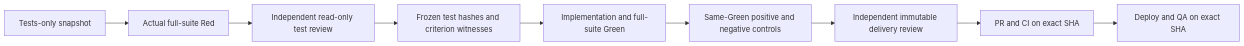
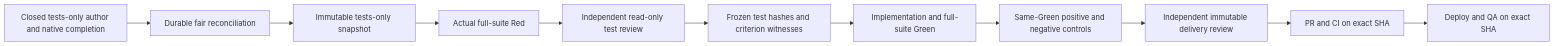
The diagram in team-delivery-kit/contracts/quality-lifecycle-v2.md (codifydeep/fabriquinha), drawn with Mermaid before and after one commit. The commit also changed other lines of this file and 12 other files, not shown here.

Commit message:
Reconcile v2 author completion into durable fair snapshot and Red review packets

````diff
--- a/team-delivery-kit/contracts/quality-lifecycle-v2.md
+++ b/team-delivery-kit/contracts/quality-lifecycle-v2.md
@@ -12,11 +12,13 @@
 ```mermaid
 flowchart LR
-    T[Tests-only snapshot] --> R[Actual full-suite Red]
+    A[Closed tests-only author and native completion] --> Q[Durable fair reconciliation]
+    Q --> T[Immutable tests-only snapshot]
+    T --> R[Actual full-suite Red]
     R --> V[Independent read-only test review]
     V --> F[Frozen test hashes and criterion witnesses]
     F --> I[Implementation and full-suite Green]
     I --> S[Same-Green positive and negative controls]
     S --> C[Independent immutable delivery review]
     C --> P[PR and CI on exact SHA]
     P --> H[Deploy and QA on exact SHA]
 ```
````
